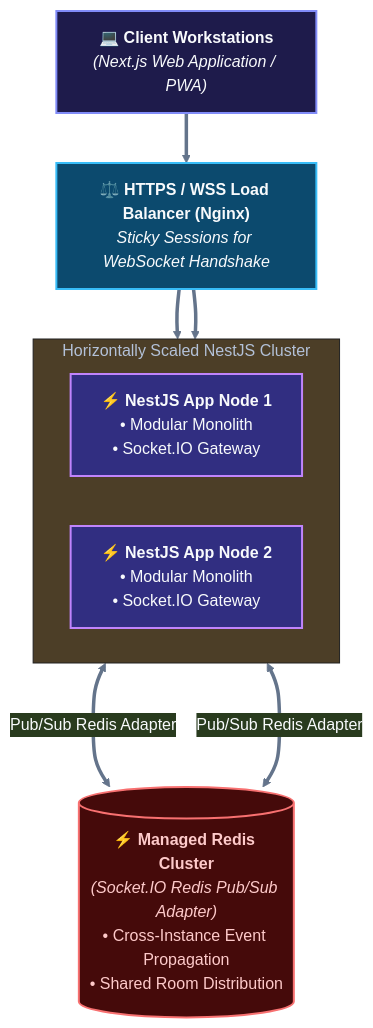
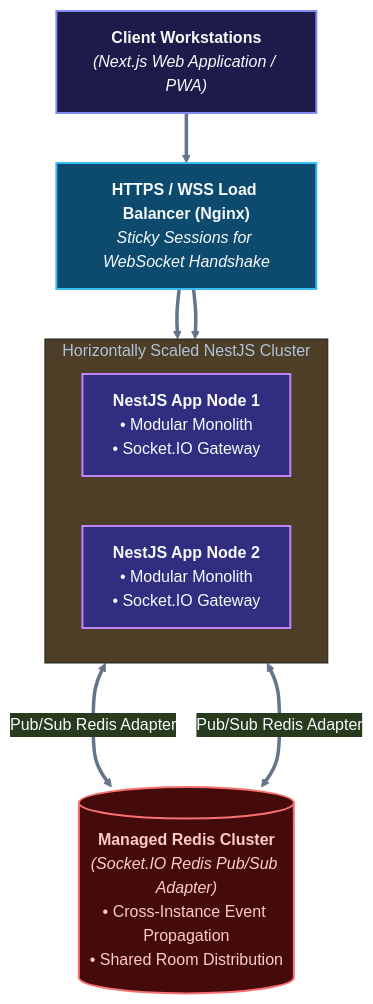
The third of 3 diagrams in docs/04-system-architecture/ADR-001-REAL-TIME-COMMUNICATION.md (Aditya11o/HR-CHANGE-MANAGEMENT-SYSTEM), drawn with Mermaid before and after one commit. The commit also changed other lines of this file and 8 other files, not shown here.

Commit message:
docs: add system architecture, test strategy, deployment guide, and requirements specifications

````diff
--- a/docs/04-system-architecture/ADR-001-REAL-TIME-COMMUNICATION.md
+++ b/docs/04-system-architecture/ADR-001-REAL-TIME-COMMUNICATION.md
@@ -267,26 +267,26 @@
 ```mermaid
 %%{init: {'theme': 'base', 'themeVariables': { 'primaryColor': '#1e293b', 'primaryTextColor': '#f8fafc', 'primaryBorderColor': '#38bdf8', 'lineColor': '#64748b'}}}%%
 flowchart TD
     classDef clientNode fill:#1e1b4b,stroke:#818cf8,stroke-width:2px,color:#f8fafc;
     classDef lbNode fill:#0c4a6e,stroke:#38bdf8,stroke-width:2px,color:#f8fafc;
     classDef appNode fill:#312e81,stroke:#c084fc,stroke-width:2px,color:#f8fafc;
     classDef redisNode fill:#450a0a,stroke:#f87171,stroke-width:2px,color:#fecaca;
 
-    CLIENTS["💻 <b>Client Workstations</b><br/><i>(Next.js Web Application / PWA)</i>"]:::clientNode
+    CLIENTS["<b>Client Workstations</b><br/><i>(Next.js Web Application / PWA)</i>"]:::clientNode
     
-    LB["⚖️ <b>HTTPS / WSS Load Balancer (Nginx)</b><br/><i>Sticky Sessions for WebSocket Handshake</i>"]:::lbNode
+    LB["<b>HTTPS / WSS Load Balancer (Nginx)</b><br/><i>Sticky Sessions for WebSocket Handshake</i>"]:::lbNode
 
     subgraph CLUSTER ["Horizontally Scaled NestJS Cluster"]
         direction LR
-        APP1["⚡ <b>NestJS App Node 1</b><br/>• Modular Monolith<br/>• Socket.IO Gateway"]:::appNode
-        APP2["⚡ <b>NestJS App Node 2</b><br/>• Modular Monolith<br/>• Socket.IO Gateway"]:::appNode
+        APP1["<b>NestJS App Node 1</b><br/>• Modular Monolith<br/>• Socket.IO Gateway"]:::appNode
+        APP2["<b>NestJS App Node 2</b><br/>• Modular Monolith<br/>• Socket.IO Gateway"]:::appNode
     end
 
-    REDIS[("⚡ <b>Managed Redis Cluster</b><br/><i>(Socket.IO Redis Pub/Sub Adapter)</i><br/>• Cross-Instance Event Propagation<br/>• Shared Room Distribution")]:::redisNode
+    REDIS[("<b>Managed Redis Cluster</b><br/><i>(Socket.IO Redis Pub/Sub Adapter)</i><br/>• Cross-Instance Event Propagation<br/>• Shared Room Distribution")]:::redisNode
 
     CLIENTS ==> LB
     LB ==> APP1
     LB ==> APP2
     APP1 <===>|"Pub/Sub Redis Adapter"| REDIS
     APP2 <===>|"Pub/Sub Redis Adapter"| REDIS
 ```
````
